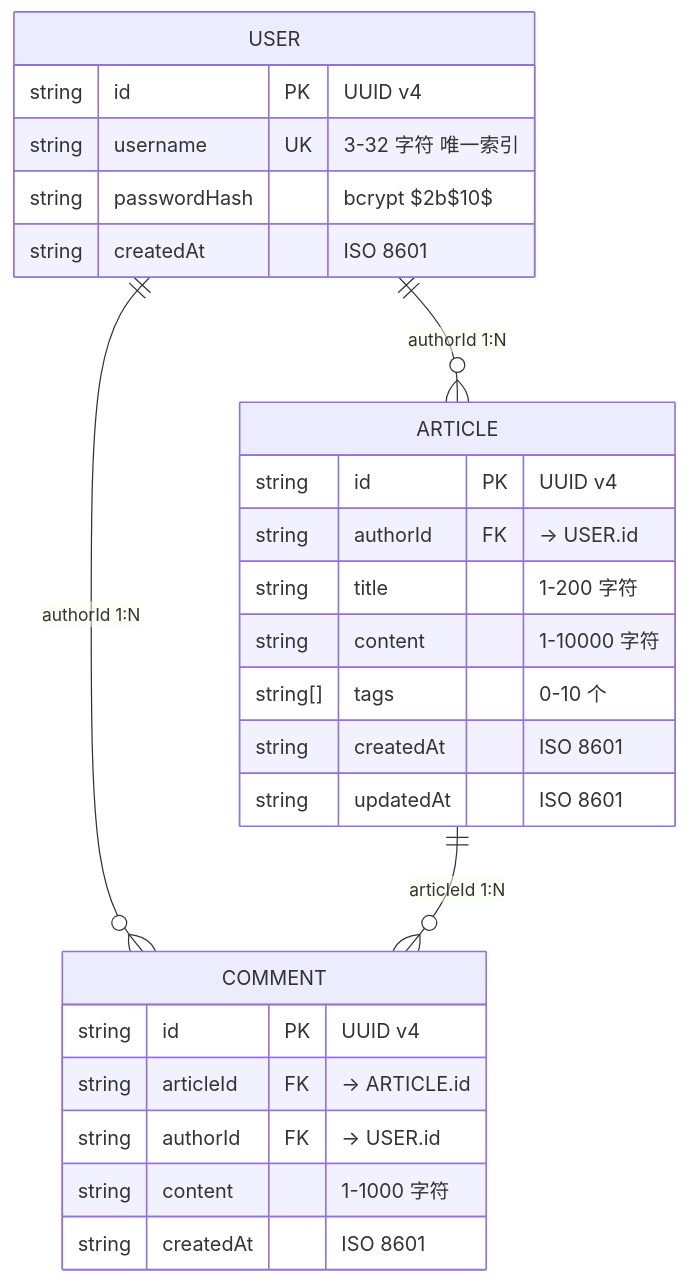
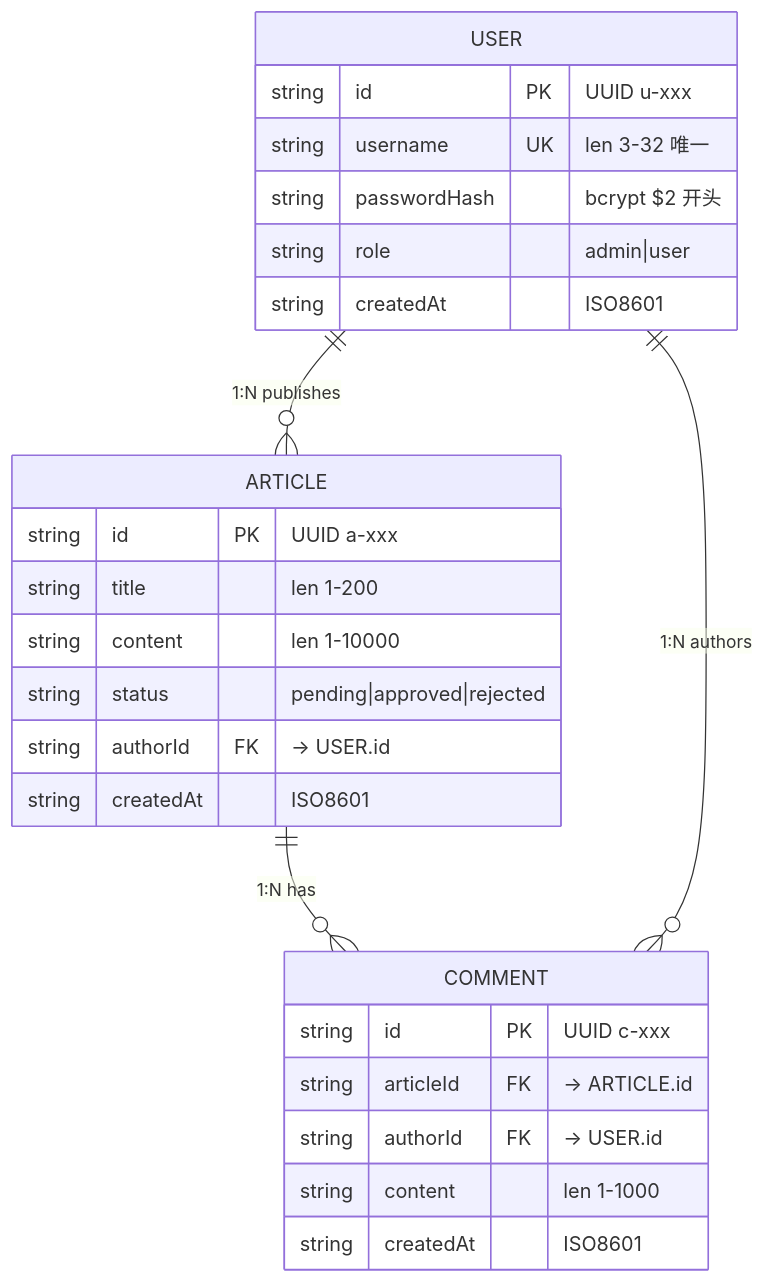
Before and after one commit to WangHHY19931001/Software_Engineering_W_Development_Model_Skills_Pack: the second of 2 diagrams in w-model-dev-demo/docs/detailed-design.md, drawn with Mermaid. The commit also changed other lines of this file and 121 other files, not shown here.

````diff
--- a/w-model-dev-demo/docs/detailed-design.md
+++ b/w-model-dev-demo/docs/detailed-design.md
@@ -388,28 +344,31 @@
 ```mermaid
 erDiagram
-    USER ||--o{ ARTICLE : "authorId 1:N"
-    USER ||--o{ COMMENT : "authorId 1:N"
-    ARTICLE ||--o{ COMMENT : "articleId 1:N"
+    USER ||--o{ ARTICLE : "1:N publishes"
+    ARTICLE ||--o{ COMMENT : "1:N has"
+    USER ||--o{ COMMENT : "1:N authors"
+
     USER {
-        string id PK "UUID v4"
-        string username UK "3-32 字符 唯一索引"
-        string passwordHash "bcrypt $2b$10$"
-        string createdAt "ISO 8601"
+        string id PK "UUID u-xxx"
+        string username UK "len 3-32 唯一"
+        string passwordHash "bcrypt $2 开头"
+        string role "admin|user"
+        string createdAt "ISO8601"
     }
+
     ARTICLE {
-        string id PK "UUID v4"
+        string id PK "UUID a-xxx"
+        string title "len 1-200"
+        string content "len 1-10000"
+        string status "pending|approved|rejected"
         string authorId FK "→ USER.id"
-        string title "1-200 字符"
-        string content "1-10000 字符"
-        string[] tags "0-10 个"
-        string createdAt "ISO 8601"
-        string updatedAt "ISO 8601"
+        string createdAt "ISO8601"
     }
+
     COMMENT {
-        string id PK "UUID v4"
+        string id PK "UUID c-xxx"
         string articleId FK "→ ARTICLE.id"
         string authorId FK "→ USER.id"
-        string content "1-1000 字符"
-        string createdAt "ISO 8601"
+        string content "len 1-1000"
+        string createdAt "ISO8601"
     }
 ```
````
